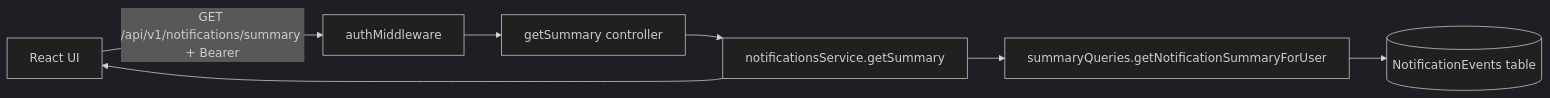
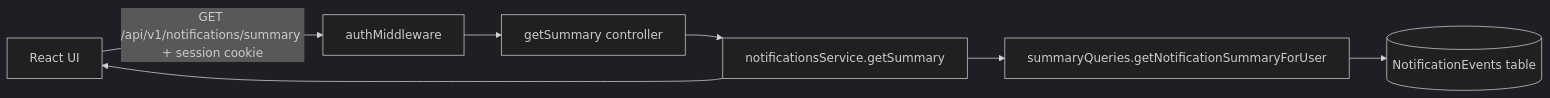
Before and after one commit to gtovar/email-cleaner-fastify: the third of 5 diagrams in docs/architecture.md, drawn with Mermaid (dark theme). The commit also changed other lines of this file and 18 other files, not shown here.

````diff
--- a/docs/architecture.md
+++ b/docs/architecture.md
@@ -35,9 +35,9 @@
 ```mermaid
 flowchart LR
-  UI[React UI] -->|GET /api/v1/notifications/summary + Bearer| MW[authMiddleware]
+  UI[React UI] -->|GET /api/v1/notifications/summary + session cookie| MW[authMiddleware]
   MW --> CTRL[getSummary controller]
   CTRL --> SVC[notificationsService.getSummary]
   SVC --> QRY[summaryQueries.getNotificationSummaryForUser]
   QRY --> DB[(NotificationEvents table)]
   SVC --> UI
 ```
````
